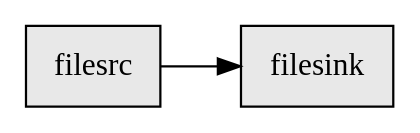
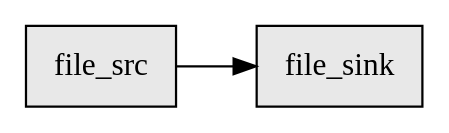
The diagram in samples/subsys/mpipe/fs/README.rst (nxp-upstream/zephyr), drawn with Graphviz before and after one commit. The commit also changed 36 other files, not shown here.

```diff
--- a/samples/subsys/mpipe/fs/README.rst
+++ b/samples/subsys/mpipe/fs/README.rst
@@ -7,9 +7,9 @@
 .. graphviz::
 
    digraph pipeline {
      rankdir=LR;
      node [shape=box, style=filled, fillcolor="#e8e8e8"];
-     filesrc  [label="filesrc"];
-     filesink [label="filesink"];
-     filesrc -> filesink;
+     file_src  [label="file_src"];
+     file_sink [label="file_sink"];
+     file_src -> file_sink;
    }
```
